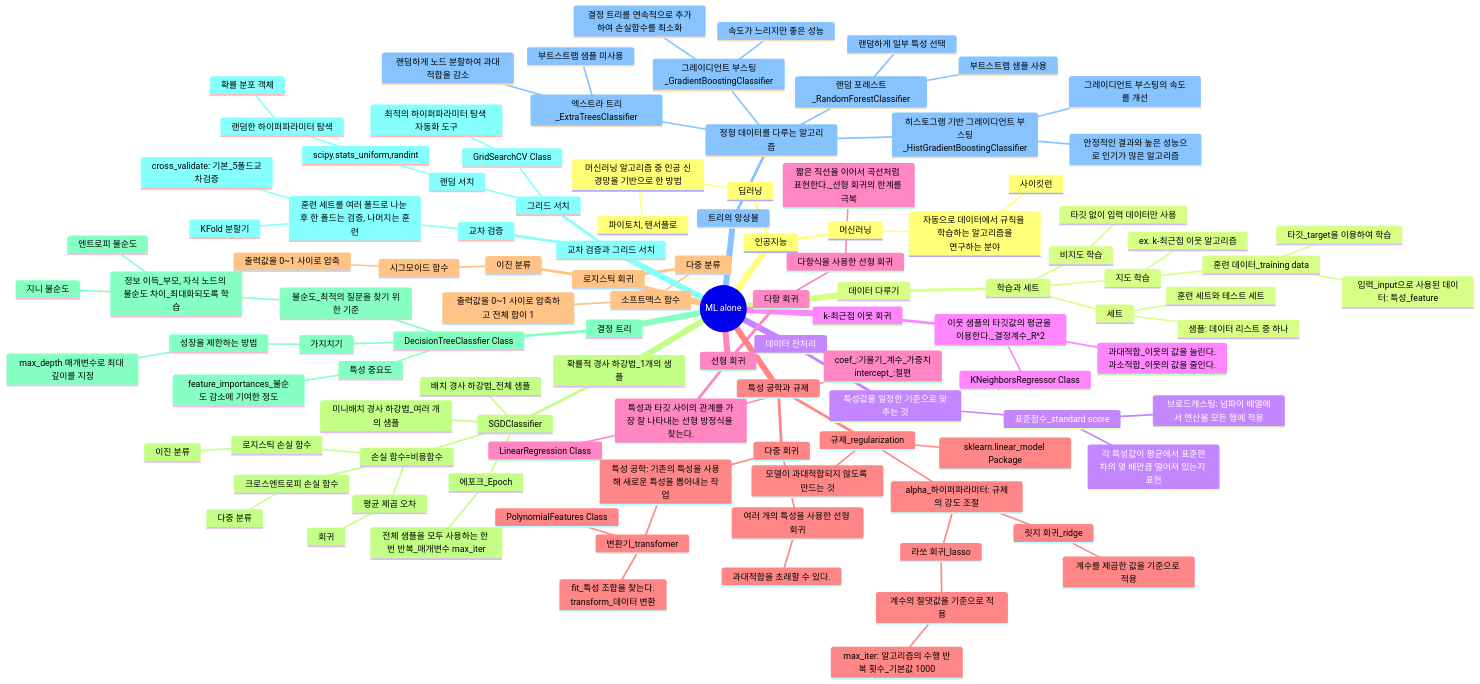
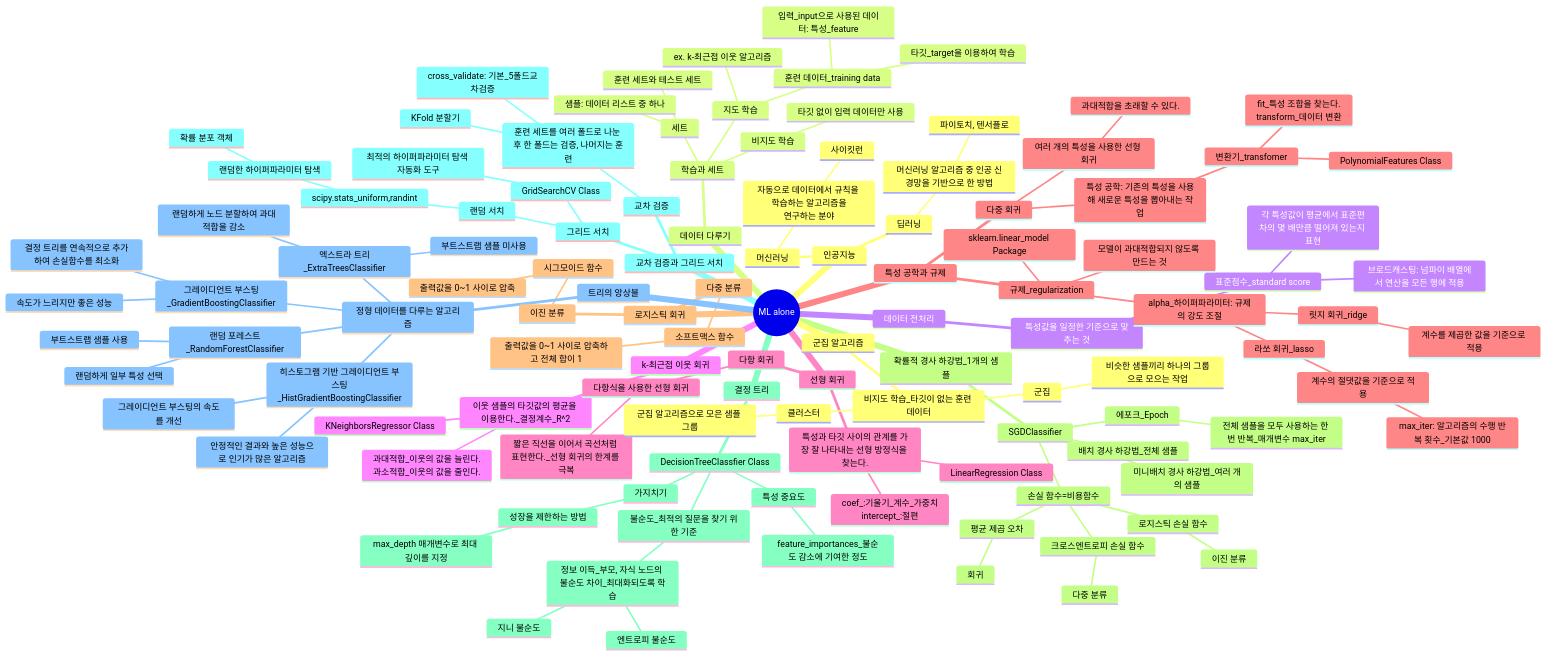
Before and after one commit to Jieun011211/ml-study-alone: the diagram in mindmap.md, drawn with Mermaid. The commit also changed 2 other files, not shown here.

Commit message:
add: 06-1. 군집 알고리즘

````diff
--- a/mindmap.md
+++ b/mindmap.md
@@ -110,4 +110,10 @@
         히스토그램 기반 그레이디언트 부스팅_HistGradientBoostingClassifier
           그레이디언트 부스팅의 속도를 개선
           안정적인 결과와 높은 성능으로 인기가 많은 알고리즘
+    군집 알고리즘
+      비지도 학습_타깃이 없는 훈련 데이터
+        군집
+          비슷한 샘플끼리 하나의 그룹으로 모으는 작업
+        클러스터
+          군집 알고리즘으로 모은 샘플 그룹
 ```
````
